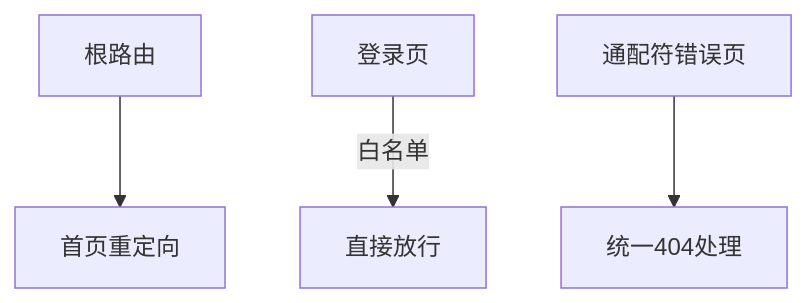
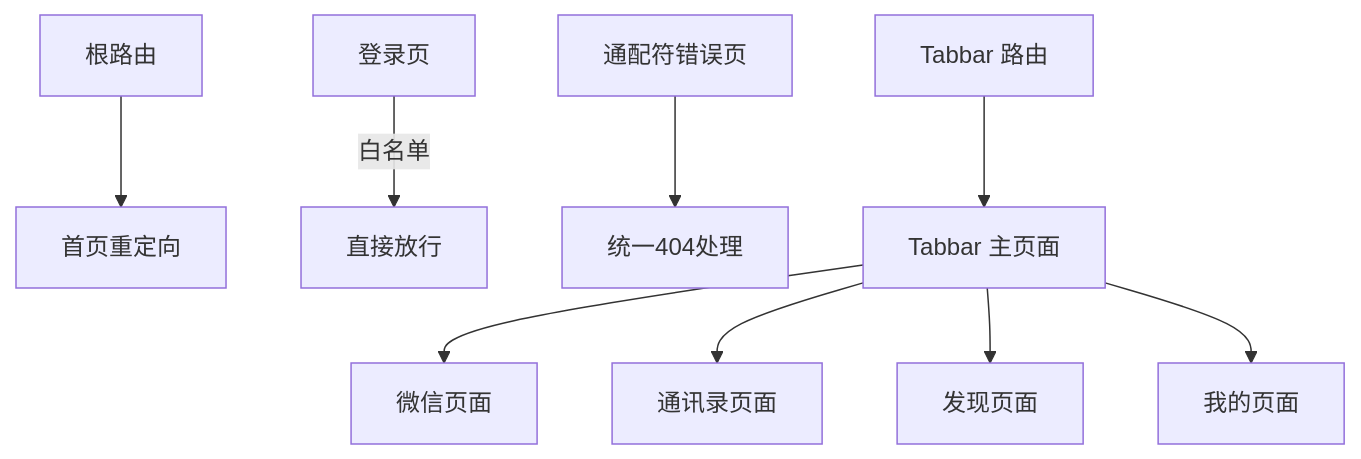
Before and after one commit to giserman001/vue3-vant4-mobile: the fourth of 10 diagrams in .qoder/repowiki/zh/content/核心系统/路由系统.md, drawn with Mermaid. The commit also changed other lines of this file and 60 other files, not shown here.

````diff
--- a/.qoder/repowiki/zh/content/核心系统/路由系统.md
+++ b/.qoder/repowiki/zh/content/核心系统/路由系统.md
@@ -183,6 +222,11 @@
 ```mermaid
 flowchart TD
 Root["根路由"] --> Home["首页重定向"]
 Login["登录页"] --> |白名单| Allow["直接放行"]
 Wildcard["通配符错误页"] --> Fallback["统一404处理"]
+Tabbar["Tabbar 路由"] --> Main["Tabbar 主页面"]
+Main --> WX["微信页面"]
+Main --> Address["通讯录页面"]
+Main --> Find["发现页面"]
+Main --> Mine["我的页面"]
 ```
````
